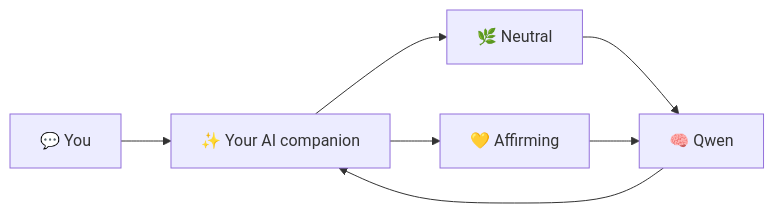
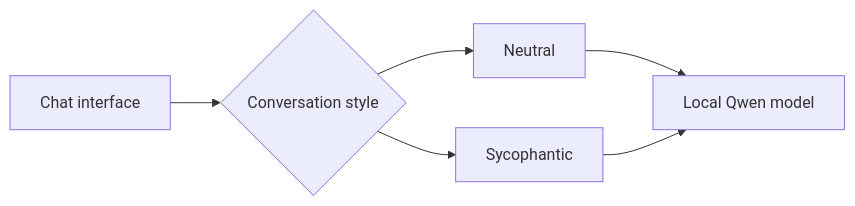
One commit to elenalabzina/eth-sycophancy-survey-agent changed the diagram in README.md. Above: the diagram before and after it, drawn with Mermaid. The commit also changed other lines of this file, not shown here.

Commit message:
Use restrained, minimal high-level diagram without emojis

````diff
--- a/README.md
+++ b/README.md
@@ -11,9 +11,8 @@
 ```mermaid
 flowchart LR
-    U["💬 You"] --> A["✨ Your AI companion"]
-    A --> N["🌿 Neutral"]
-    A --> S["💛 Affirming"]
-    N --> Q["🧠 Qwen"]
-    S --> Q
-    Q --> A
+    A["Chat interface"] --> B{"Conversation style"}
+    B --> C["Neutral"]
+    B --> D["Sycophantic"]
+    C --> E["Local Qwen model"]
+    D --> E
 ```
````
